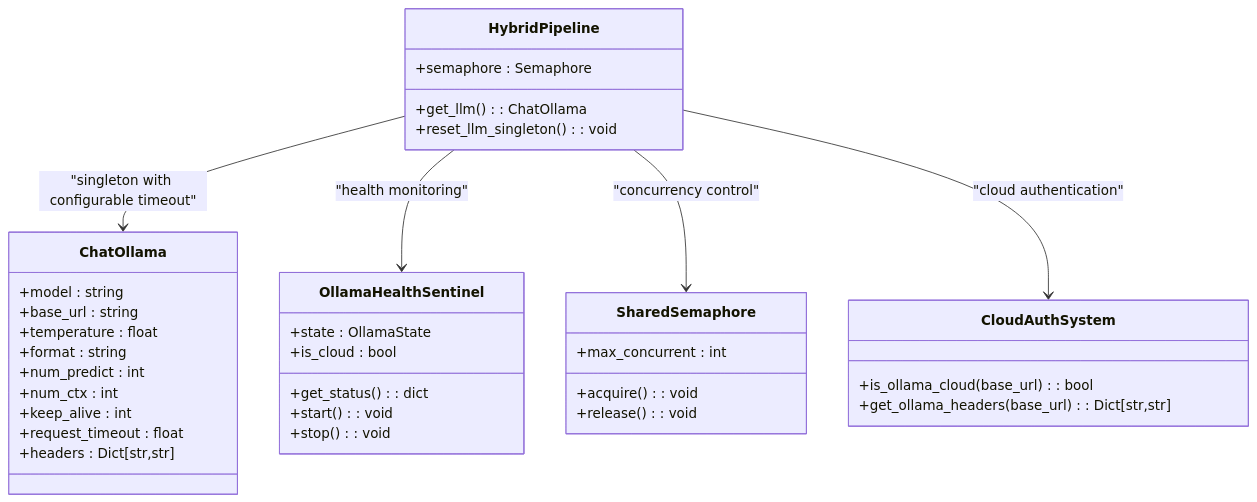
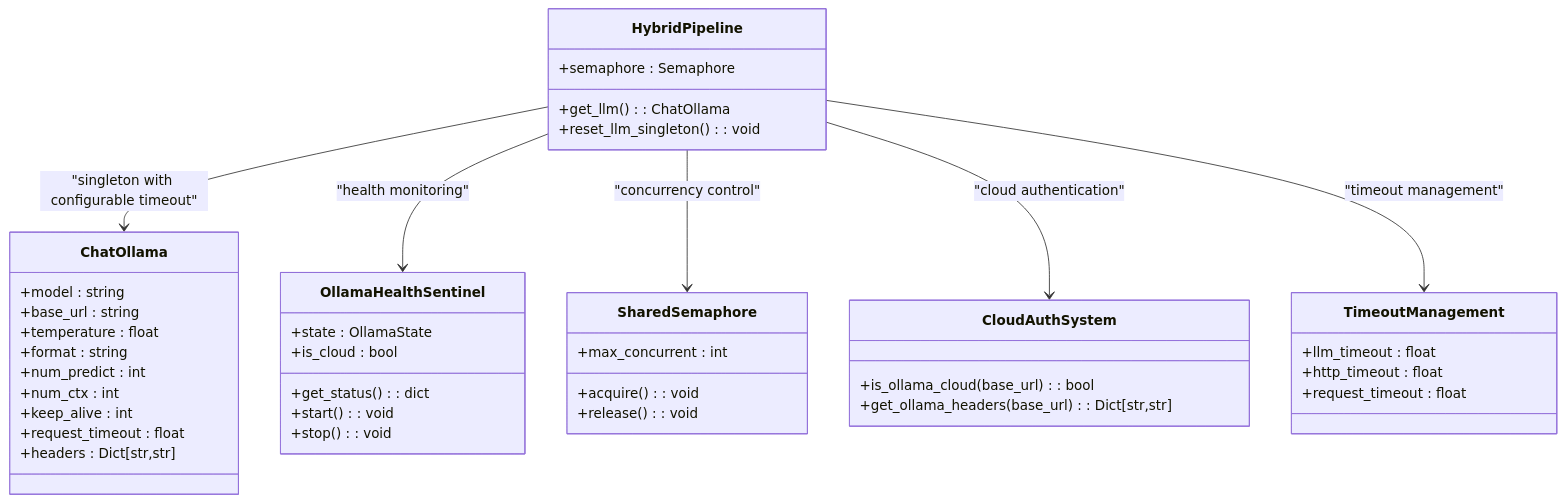
One commit to Revanththetalogics/aireume changed the ninth of 15 diagrams in .qoder/repowiki/en/content/Analysis Engine/LLM Service Integration.md. Above: the diagram before and after it, drawn with Mermaid. The commit also changed other lines of this file and 6 other files, not shown here.

````diff
--- a/.qoder/repowiki/en/content/Analysis Engine/LLM Service Integration.md
+++ b/.qoder/repowiki/en/content/Analysis Engine/LLM Service Integration.md
@@ -491,39 +522,45 @@
 ```mermaid
 classDiagram
 class HybridPipeline {
 +semaphore : Semaphore
 +get_llm() : ChatOllama
 +reset_llm_singleton() : void
 }
 class ChatOllama {
 +model : string
 +base_url : string
 +temperature : float
 +format : string
 +num_predict : int
 +num_ctx : int
 +keep_alive : int
 +request_timeout : float
 +headers : Dict[str,str]
 }
 class OllamaHealthSentinel {
 +state : OllamaState
 +get_status() : dict
 +start() : void
 +stop() : void
 +is_cloud : bool
 }
 class SharedSemaphore {
 +max_concurrent : int
 +acquire() : void
 +release() : void
 }
 class CloudAuthSystem {
 +is_ollama_cloud(base_url) : bool
 +get_ollama_headers(base_url) : Dict[str,str]
 }
+class TimeoutManagement {
++llm_timeout : float
++http_timeout : float
++request_timeout : float
+}
 HybridPipeline --> ChatOllama : "singleton with configurable timeout"
 HybridPipeline --> OllamaHealthSentinel : "health monitoring"
 HybridPipeline --> SharedSemaphore : "concurrency control"
 HybridPipeline --> CloudAuthSystem : "cloud authentication"
+HybridPipeline --> TimeoutManagement : "timeout management"
 ```
````
